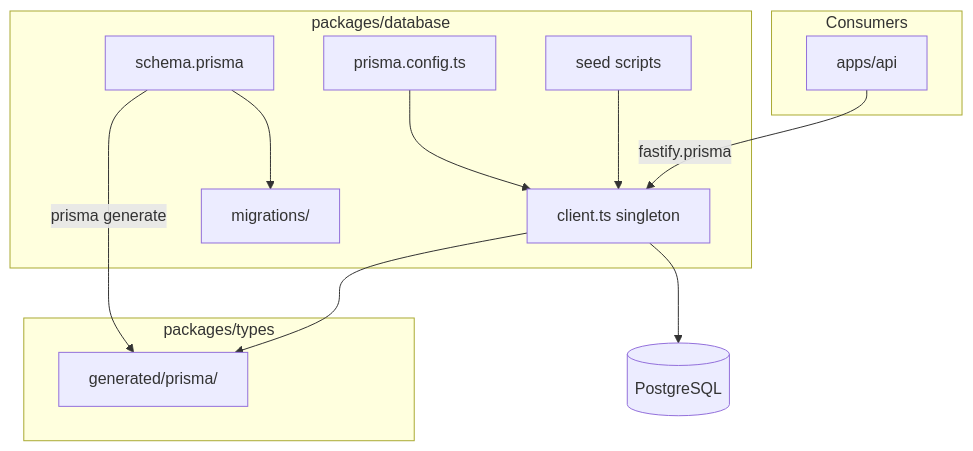
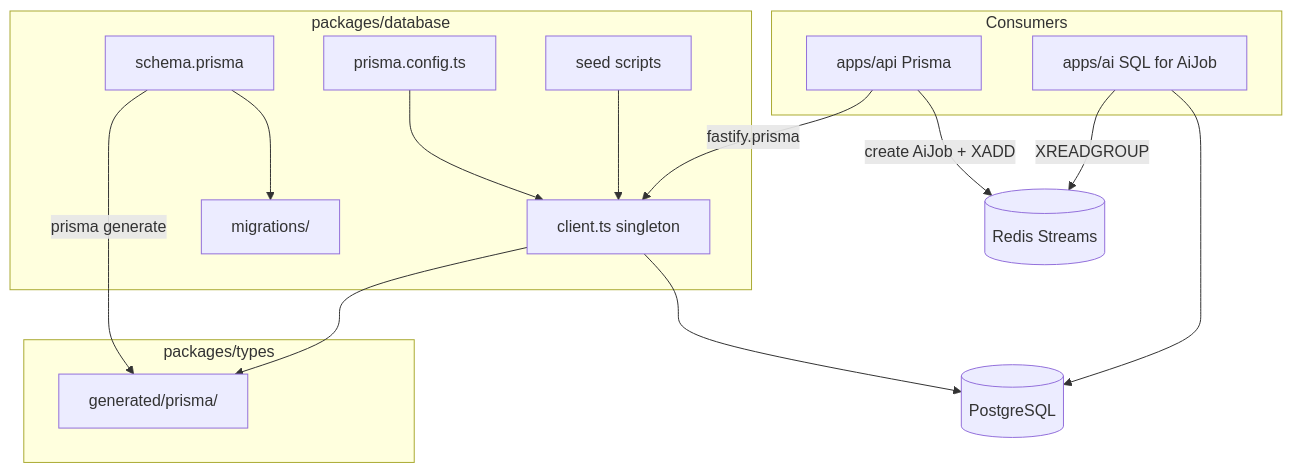
One commit to Khalil-Bchir/full-stack-saas-boilerplate changed the first of 2 diagrams in doc/setup/database.md. Above: the diagram before and after it, drawn with Mermaid. The commit also changed 91 other files, not shown here.

````diff
--- a/doc/setup/database.md
+++ b/doc/setup/database.md
@@ -7,28 +7,33 @@
 ```mermaid
 flowchart TB
     subgraph DatabasePkg["packages/database"]
         Schema[schema.prisma]
         Migrations[migrations/]
         Config[prisma.config.ts]
         Client[client.ts singleton]
         Seed[seed scripts]
     end
 
     subgraph TypesPkg["packages/types"]
         Generated[generated/prisma/]
     end
 
     subgraph Consumers
-        API[apps/api]
+        API[apps/api Prisma]
+        AI[apps/ai SQL for AiJob]
     end
 
     PG[(PostgreSQL)]
+    Redis[(Redis Streams)]
 
     Schema -->|prisma generate| Generated
     Schema --> Migrations
     Config --> Client
     Client --> Generated
     Client --> PG
     API -->|fastify.prisma| Client
     Seed --> Client
+    API -->|create AiJob + XADD| Redis
+    AI -->|XREADGROUP| Redis
+    AI --> PG
 ```
````
